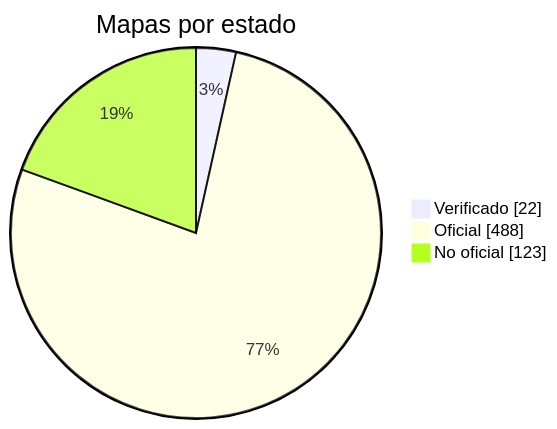
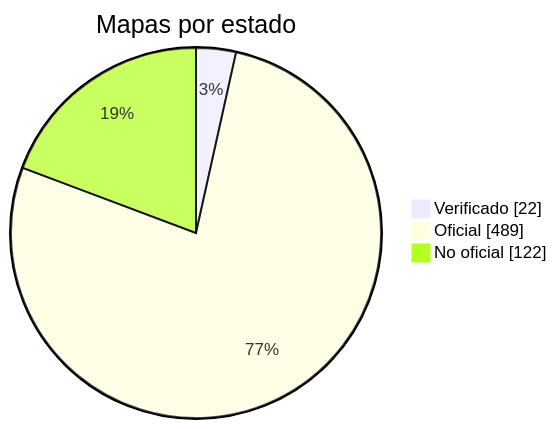
The diagram in docs/readme/README_ES.md (nobrega8/mbmap-library), drawn with Mermaid before and after one commit. The commit also changed 6 other files, not shown here.

````diff
--- a/docs/readme/README_ES.md
+++ b/docs/readme/README_ES.md
@@ -54,7 +54,7 @@
 ```mermaid
 pie showData
     title Mapas por estado
     "Verificado" : 22
-    "Oficial" : 488
-    "No oficial" : 123
+    "Oficial" : 489
+    "No oficial" : 122
 ```
````
